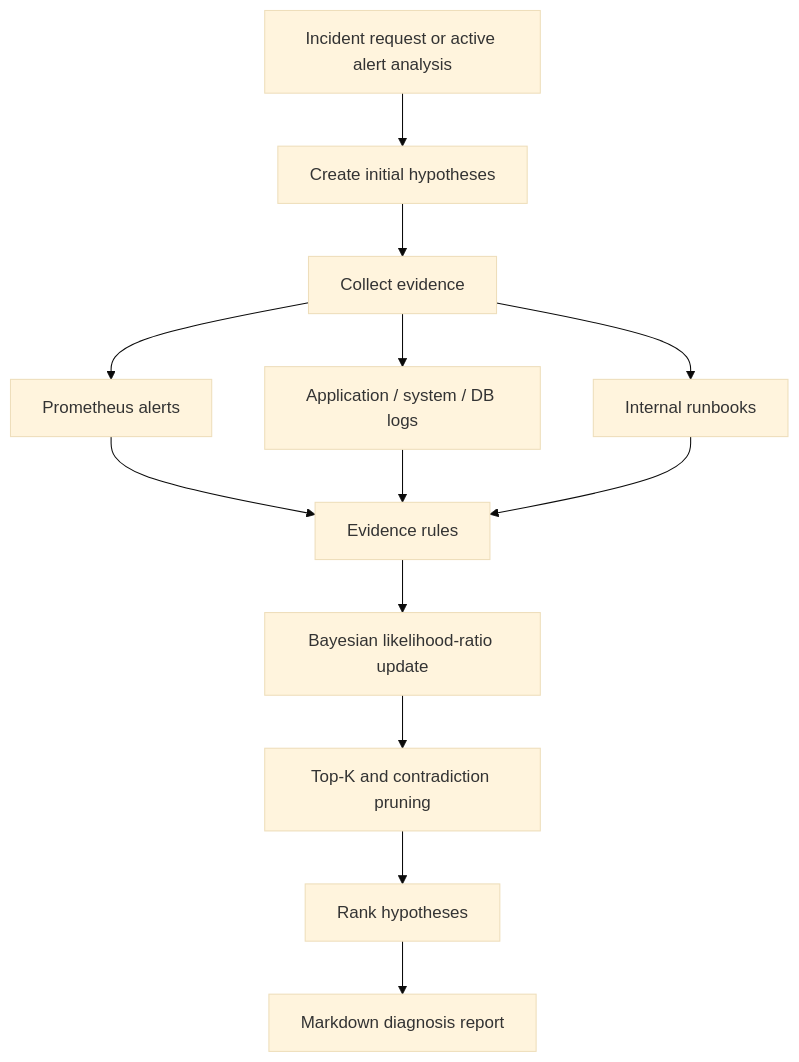
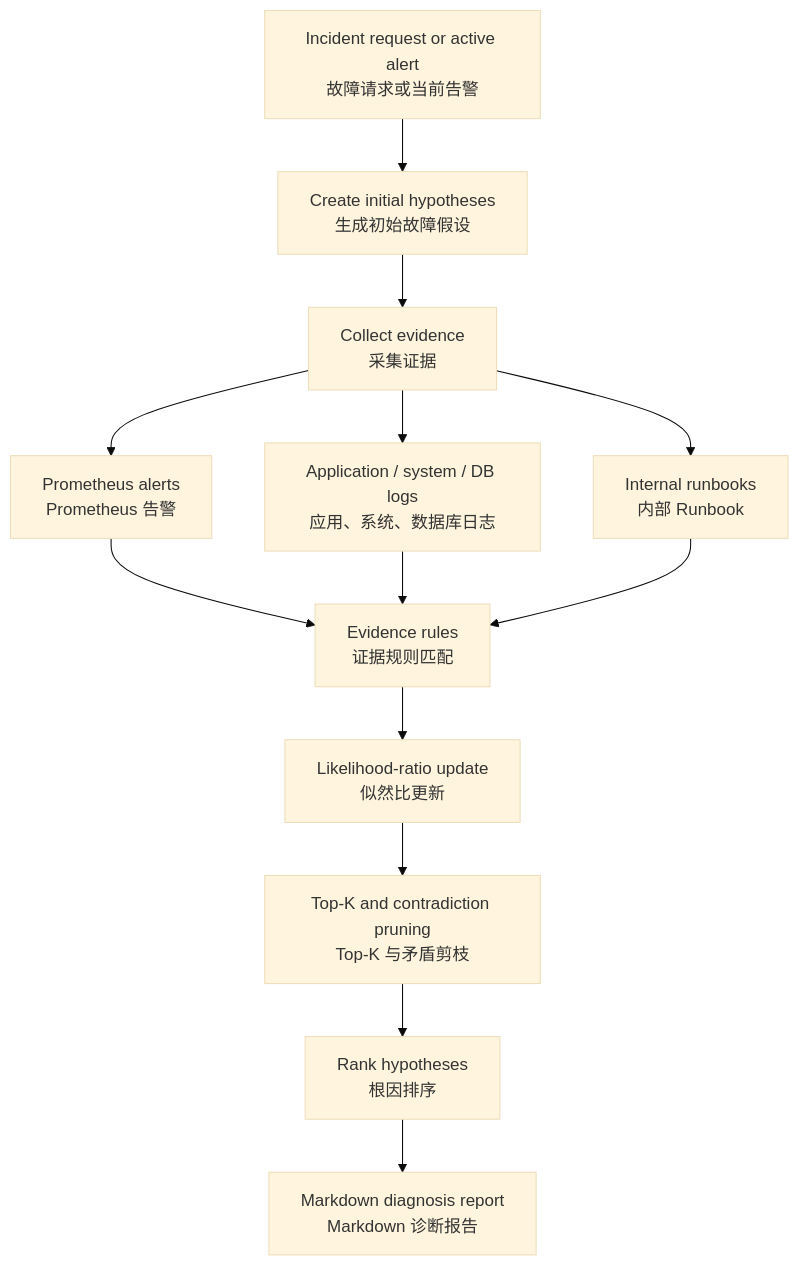
The fourth of 4 diagrams in README.md (ember056/devassist-agent), drawn with Mermaid (base theme) before and after one commit. The commit also changed other lines of this file, not shown here.

````diff
--- a/README.md
+++ b/README.md
@@ -105,15 +130,15 @@
 ```mermaid
 flowchart TD
-    REQ[Incident request or active alert analysis] --> INIT[Create initial hypotheses]
-    INIT --> COLLECT[Collect evidence]
-    COLLECT --> PROM[Prometheus alerts]
-    COLLECT --> LOG[Application / system / DB logs]
-    COLLECT --> RUNBOOK[Internal runbooks]
-    PROM --> MATCH[Evidence rules]
+    REQ["Incident request or active alert<br/>故障请求或当前告警"] --> INIT["Create initial hypotheses<br/>生成初始故障假设"]
+    INIT --> COLLECT["Collect evidence<br/>采集证据"]
+    COLLECT --> PROM["Prometheus alerts<br/>Prometheus 告警"]
+    COLLECT --> LOG["Application / system / DB logs<br/>应用、系统、数据库日志"]
+    COLLECT --> RUNBOOK["Internal runbooks<br/>内部 Runbook"]
+    PROM --> MATCH["Evidence rules<br/>证据规则匹配"]
     LOG --> MATCH
     RUNBOOK --> MATCH
-    MATCH --> UPDATE[Bayesian likelihood-ratio update]
-    UPDATE --> PRUNE[Top-K and contradiction pruning]
-    PRUNE --> RANK[Rank hypotheses]
-    RANK --> REPORT[Markdown diagnosis report]
+    MATCH --> UPDATE["Likelihood-ratio update<br/>似然比更新"]
+    UPDATE --> PRUNE["Top-K and contradiction pruning<br/>Top-K 与矛盾剪枝"]
+    PRUNE --> RANK["Rank hypotheses<br/>根因排序"]
+    RANK --> REPORT["Markdown diagnosis report<br/>Markdown 诊断报告"]
 ```
````
